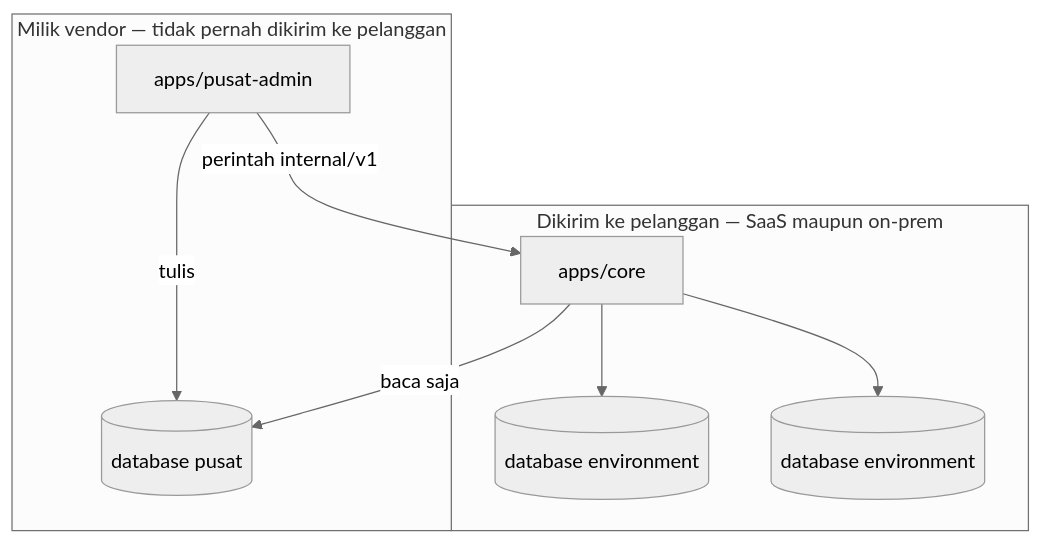
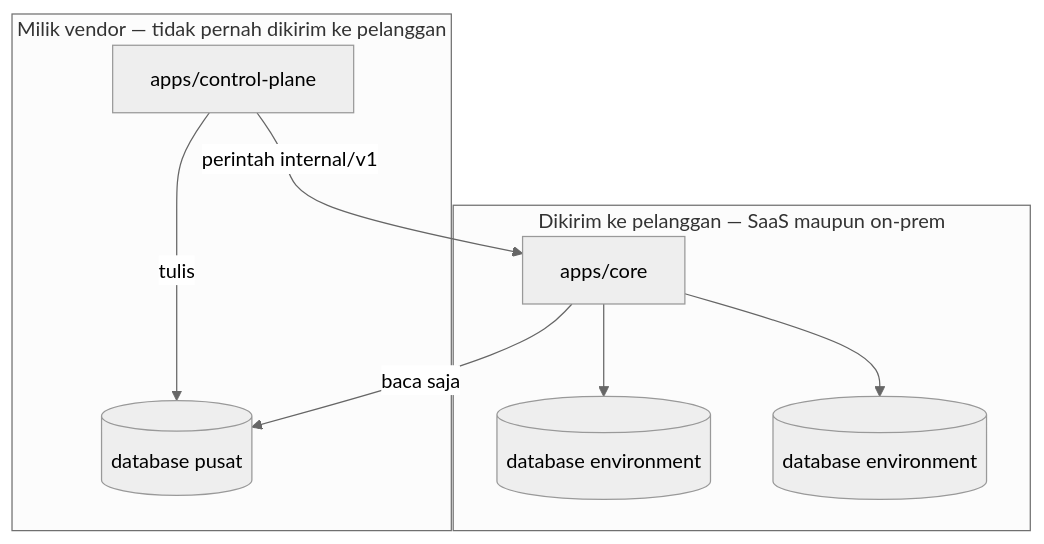
One commit to MettaDevs/coreERP changed the second of 4 diagrams in docs/todo/environment-dan-pusat-admin/README.md. Above: the diagram before and after it, drawn with Mermaid (neutral theme). The commit also changed other lines of this file and 1 other file, not shown here.

````diff
--- a/docs/todo/environment-dan-pusat-admin/README.md
+++ b/docs/todo/environment-dan-pusat-admin/README.md
@@ -174,18 +383,18 @@
 ```mermaid
 flowchart TB
     subgraph vendor["Milik vendor — tidak pernah dikirim ke pelanggan"]
-        PA["apps/pusat-admin"]
+        PA["apps/control-plane"]
         DBP[("database pusat")]
     end
     subgraph pelanggan["Dikirim ke pelanggan — SaaS maupun on-prem"]
         CORE["apps/core"]
         DB1[("database environment")]
         DB2[("database environment")]
     end
 
     PA -->|"tulis"| DBP
     PA -->|"perintah internal/v1"| CORE
     CORE -->|"baca saja"| DBP
     CORE --> DB1
     CORE --> DB2
 ```
````
